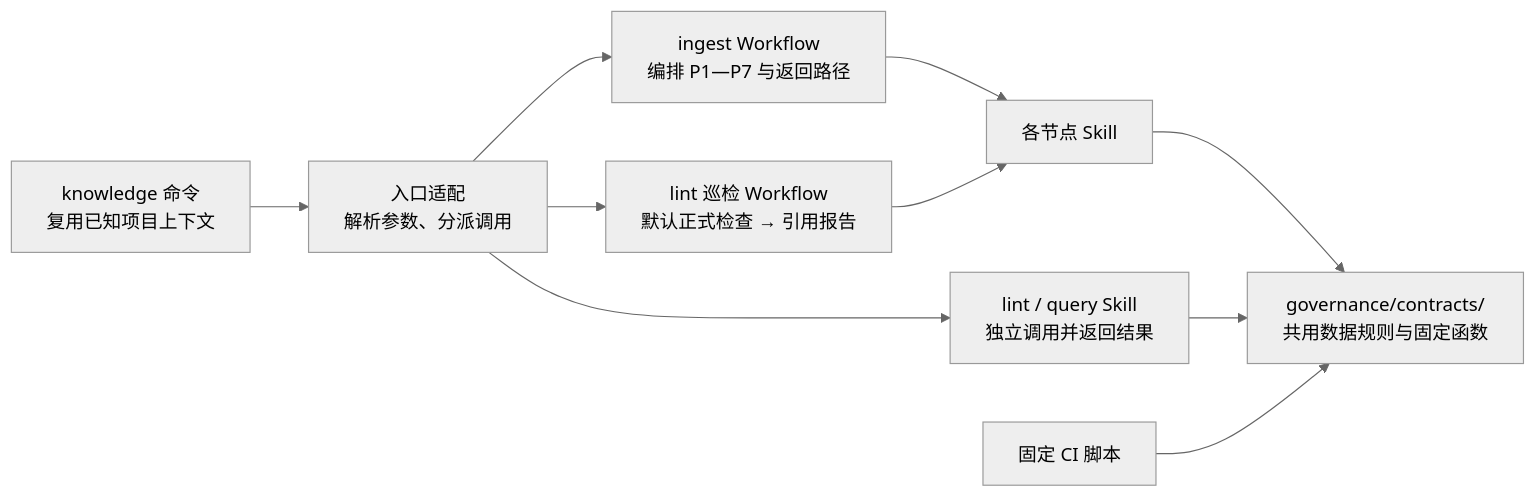
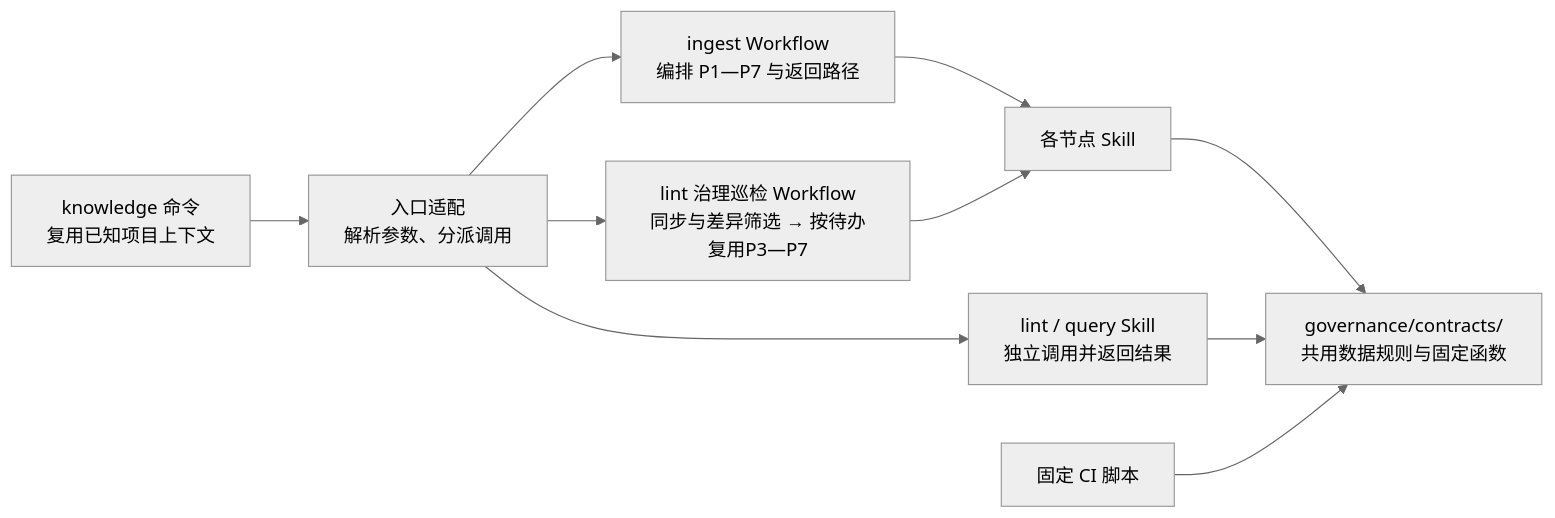
Before and after one commit to Robin-hhc/FactumCore: diagram 11 of 27 in himate-knowledge-wifi-mp/docs-llm-wiki/知识库详细设计.md, drawn with Mermaid (neutral theme). The commit also changed other lines of this file and 52 other files, not shown here.

````diff
--- a/himate-knowledge-wifi-mp/docs-llm-wiki/知识库详细设计.md
+++ b/himate-knowledge-wifi-mp/docs-llm-wiki/知识库详细设计.md
@@ -444,12 +444,12 @@
 ```mermaid
 flowchart LR
     CMD["knowledge 命令<br/>复用已知项目上下文"] --> ADAPT["入口适配<br/>解析参数、分派调用"]
     ADAPT --> INGEST["ingest Workflow<br/>编排 P1—P7 与返回路径"]
-    ADAPT --> AUDIT["lint 巡检 Workflow<br/>默认正式检查 → 引用报告"]
+    ADAPT --> AUDIT["lint 治理巡检 Workflow<br/>同步与差异筛选 → 按待办复用P3—P7"]
     ADAPT --> SKILL["lint / query Skill<br/>独立调用并返回结果"]
     INGEST --> NODE["各节点 Skill"]
     AUDIT --> NODE
     NODE --> CORE["governance/contracts/<br/>共用数据规则与固定函数"]
     SKILL --> CORE
     CI["固定 CI 脚本"] --> CORE
 ```
````
